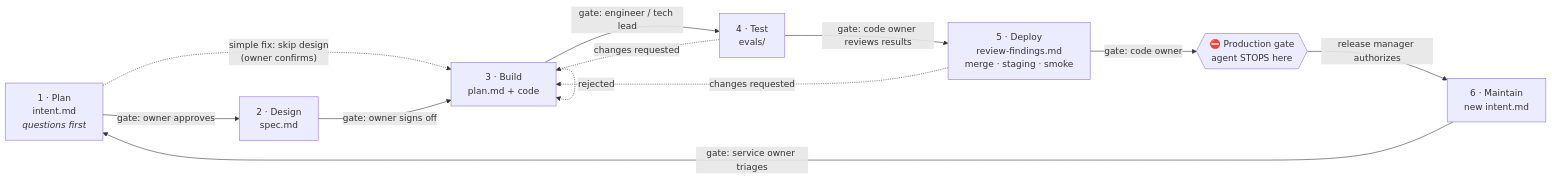
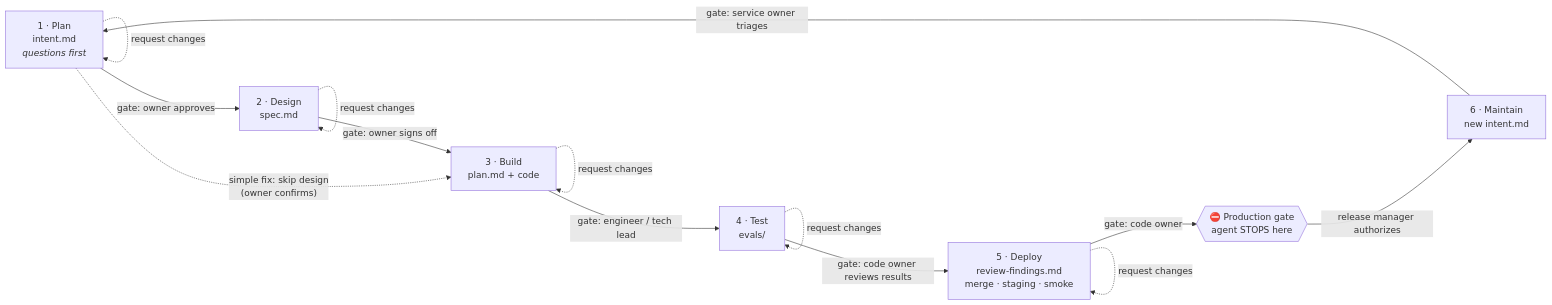
Before and after one commit to osisdie/agent-switchboard: the second of 2 diagrams in README.md, drawn with Mermaid. The commit also changed other lines of this file and 8 other files, not shown here.

First line of the commit message:
docs: archify-style lifecycle and architecture diagrams

````diff
--- a/README.md
+++ b/README.md
@@ -157,14 +183,16 @@
 ```mermaid
 flowchart LR
   P["1 · Plan<br/>intent.md<br/><i>questions first</i>"] -->|"gate: owner approves"| D
   P -.->|"simple fix: skip design<br/>(owner confirms)"| B
   D["2 · Design<br/>spec.md"] -->|"gate: owner signs off"| B
   B["3 · Build<br/>plan.md + code"] -->|"gate: engineer / tech lead"| T
   T["4 · Test<br/>evals/"] -->|"gate: code owner reviews results"| R
   R["5 · Deploy<br/>review-findings.md<br/>merge · staging · smoke"] -->|"gate: code owner"| G
   G{{"⛔ Production gate<br/>agent STOPS here"}} -->|"release manager authorizes"| M
   M["6 · Maintain<br/>new intent.md"] -->|"gate: service owner triages"| P
-  B -. rejected .-> B
-  T -. changes requested .-> B
-  R -. changes requested .-> B
+  P -. request changes .-> P
+  D -. request changes .-> D
+  B -. request changes .-> B
+  T -. request changes .-> T
+  R -. request changes .-> R
 ```
````
